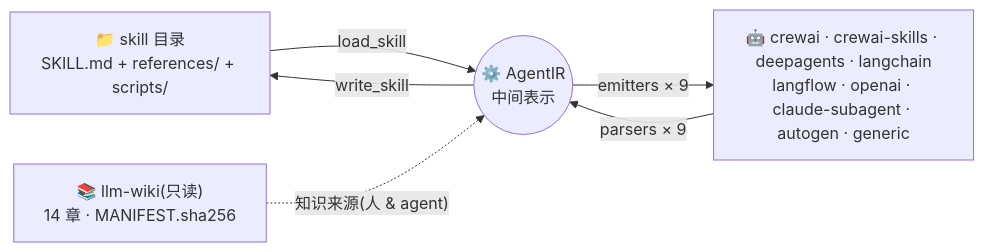
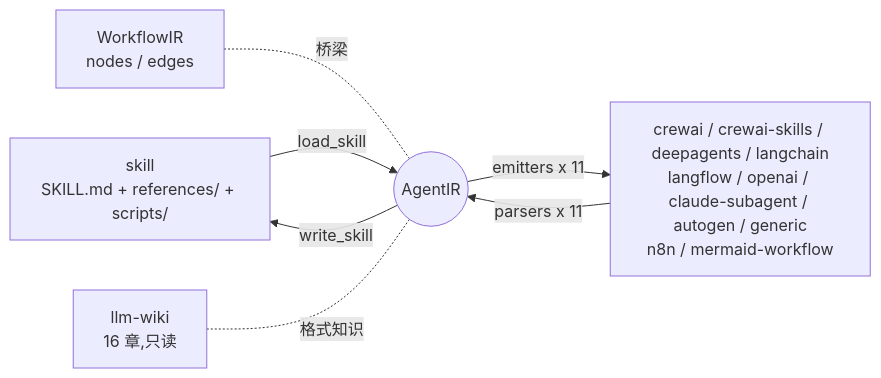
The diagram in README.md (8eeth0ven/agentskills-bridge), drawn with Mermaid before and after one commit. The commit also changed other lines of this file and 2 other files, not shown here.

````diff
--- a/README.md
+++ b/README.md
@@ -30,8 +23,9 @@
 ```mermaid
 flowchart LR
-    S["📁 skill 目录<br/>SKILL.md + references/ + scripts/"] -->|load_skill| IR(("⚙️ AgentIR<br/>中间表示"))
-    IR -->|"emitters × 9"| A["🤖 crewai · crewai-skills · deepagents · langchain<br/>langflow · openai · claude-subagent · autogen · generic"]
-    A -->|"parsers × 9"| IR
+    S["skill<br/>SKILL.md + references/ + scripts/"] -->|load_skill| IR(("AgentIR"))
+    IR -->|"emitters x 11"| F["crewai / crewai-skills / deepagents / langchain<br/>langflow / openai / claude-subagent / autogen / generic<br/>n8n / mermaid-workflow"]
+    F -->|"parsers x 11"| IR
     IR -->|write_skill| S
-    W["📚 llm-wiki(只读)<br/>14 章 · MANIFEST.sha256"] -.知识来源(人 & agent).-> IR
+    IR2["WorkflowIR<br/>nodes / edges"] -.桥梁.- IR
+    W["llm-wiki<br/>16 章,只读"] -.格式知识.- IR
 ```
````
